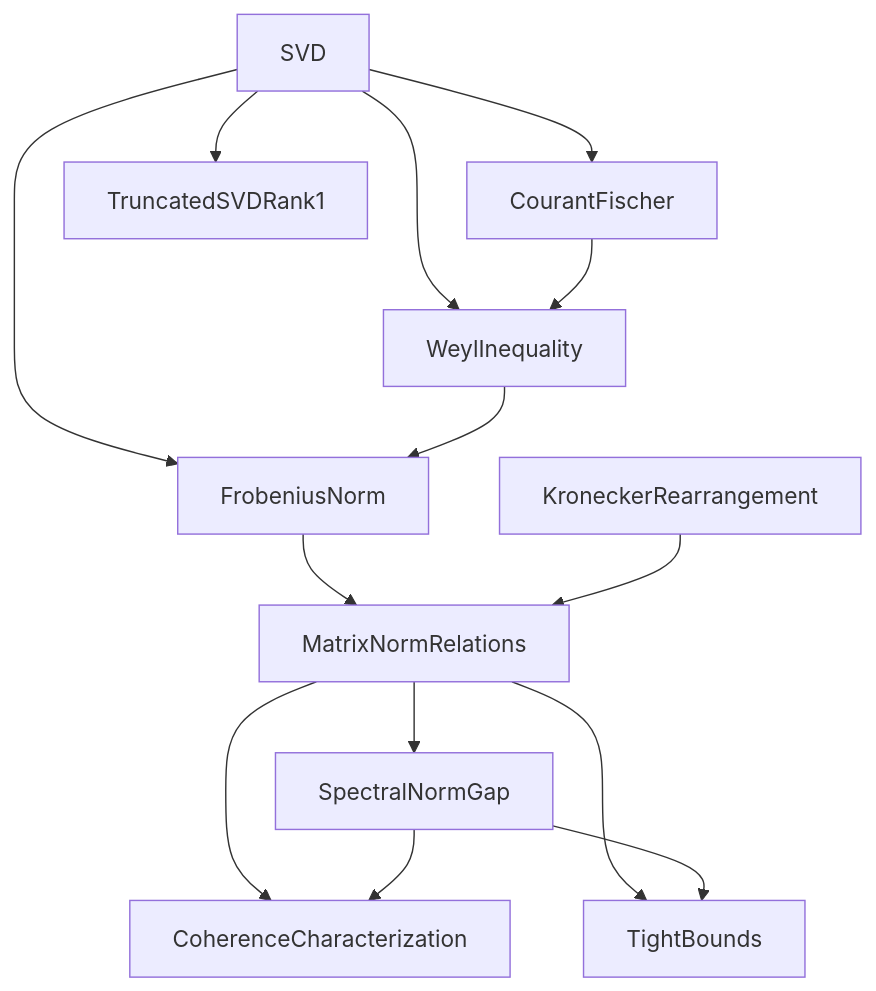
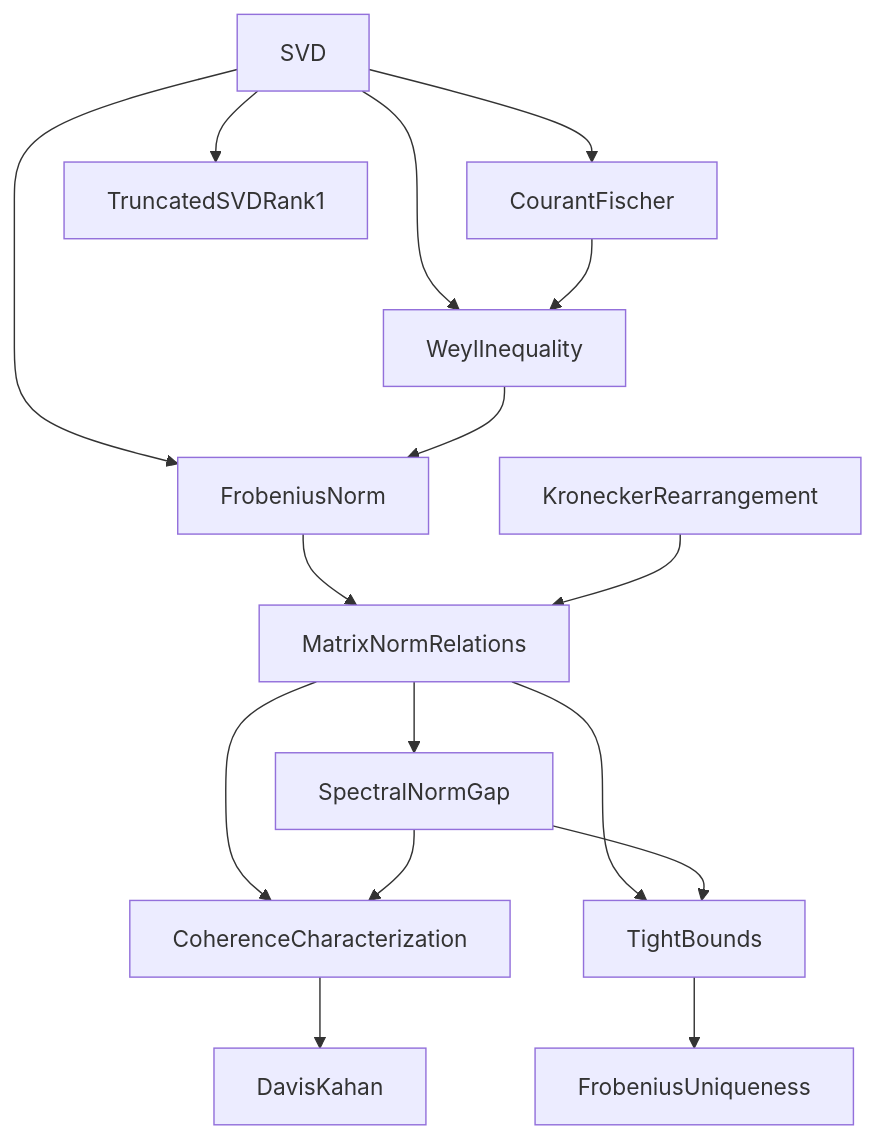
Before and after one commit to acomarce/FLYWHEEL: the diagram in README.md, drawn with Mermaid. The commit also changed other lines of this file and 1 other file, not shown here.

````diff
--- a/README.md
+++ b/README.md
@@ -67,16 +78,18 @@
 ```mermaid
 graph TD
   SVD --> CourantFischer
   SVD --> TruncatedSVDRank1
   SVD --> WeylInequality
   CourantFischer --> WeylInequality
   SVD --> FrobeniusNorm
   WeylInequality --> FrobeniusNorm
   FrobeniusNorm --> MatrixNormRelations
   KroneckerRearrangement --> MatrixNormRelations
   MatrixNormRelations --> SpectralNormGap
   MatrixNormRelations --> CoherenceCharacterization
   SpectralNormGap --> CoherenceCharacterization
   MatrixNormRelations --> TightBounds
   SpectralNormGap --> TightBounds
+  TightBounds --> FrobeniusUniqueness
+  CoherenceCharacterization --> DavisKahan
 ```
````
